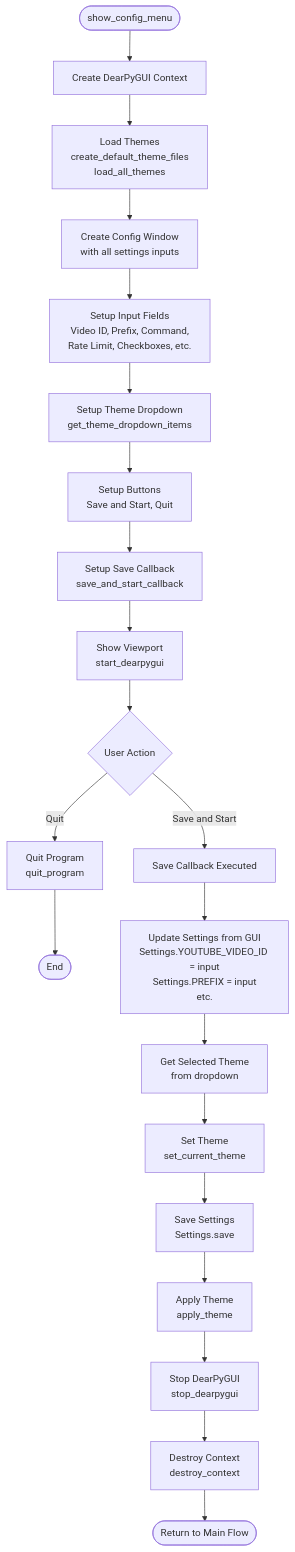
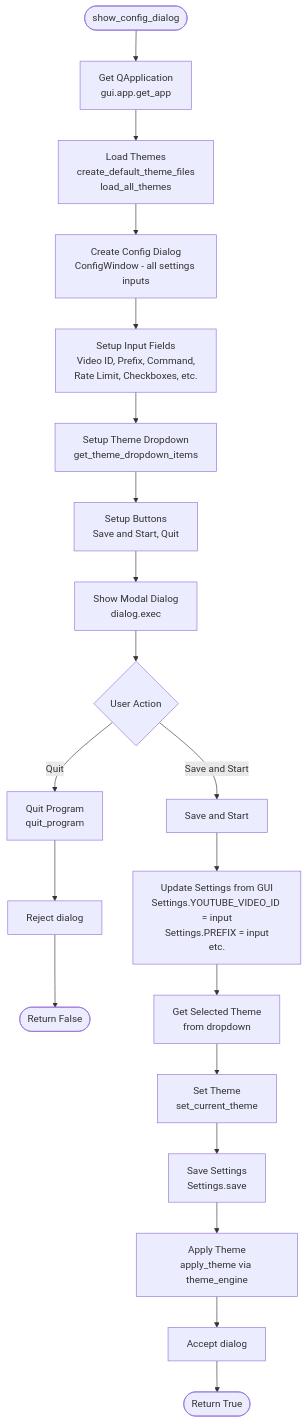
The seventh of 12 diagrams in PROGRAM_FLOW.md (StroepWafel/LYTE), drawn with Mermaid before and after one commit. The commit also changed other lines of this file and 19 other files, not shown here.

````diff
--- a/PROGRAM_FLOW.md
+++ b/PROGRAM_FLOW.md
@@ -255,27 +251,26 @@
 ```mermaid
 flowchart TD
-    Start([show_config_menu]) --> CreateContext[Create DearPyGUI Context]
-    CreateContext --> LoadThemes[Load Themes<br/>create_default_theme_files<br/>load_all_themes]
-    LoadThemes --> CreateWindow[Create Config Window<br/>with all settings inputs]
+    Start([show_config_dialog]) --> GetApp[Get QApplication<br/>gui.app.get_app]
+    GetApp --> LoadThemes[Load Themes<br/>create_default_theme_files<br/>load_all_themes]
+    LoadThemes --> CreateDialog[Create Config Dialog<br/>ConfigWindow - all settings inputs]
     
-    CreateWindow --> SetupInputs[Setup Input Fields<br/>Video ID, Prefix, Command,<br/>Rate Limit, Checkboxes, etc.]
+    CreateDialog --> SetupInputs[Setup Input Fields<br/>Video ID, Prefix, Command,<br/>Rate Limit, Checkboxes, etc.]
     SetupInputs --> SetupTheme[Setup Theme Dropdown<br/>get_theme_dropdown_items]
     SetupTheme --> SetupButtons[Setup Buttons<br/>Save and Start, Quit]
-    SetupButtons --> SetupCallbacks[Setup Save Callback<br/>save_and_start_callback]
     
-    SetupCallbacks --> ShowWindow[Show Viewport<br/>start_dearpygui]
-    ShowWindow --> WaitUser{User Action}
+    SetupButtons --> ExecDialog[Show Modal Dialog<br/>dialog.exec]
+    ExecDialog --> WaitUser{User Action}
     
-    WaitUser -->|Save and Start| SaveCallback[Save Callback Executed]
     WaitUser -->|Quit| QuitCallback[Quit Program<br/>quit_program]
-    QuitCallback --> End([End])
+    QuitCallback --> Reject[Reject dialog]
+    Reject --> End([Return False])
     
+    WaitUser -->|Save and Start| SaveCallback[Save and Start]
     SaveCallback --> UpdateSettings[Update Settings from GUI<br/>Settings.YOUTUBE_VIDEO_ID = input<br/>Settings.PREFIX = input<br/>etc.]
     UpdateSettings --> GetTheme[Get Selected Theme<br/>from dropdown]
     GetTheme --> SetTheme[Set Theme<br/>set_current_theme]
     SetTheme --> SaveSettings[Save Settings<br/>Settings.save]
-    SaveSettings --> ApplyTheme[Apply Theme<br/>apply_theme]
-    ApplyTheme --> StopGUI[Stop DearPyGUI<br/>stop_dearpygui]
-    StopGUI --> DestroyContext[Destroy Context<br/>destroy_context]
-    DestroyContext --> Return([Return to Main Flow])
+    SaveSettings --> ApplyTheme[Apply Theme<br/>apply_theme via theme_engine]
+    ApplyTheme --> Accept[Accept dialog]
+    Accept --> Return([Return True])
 ```
````
